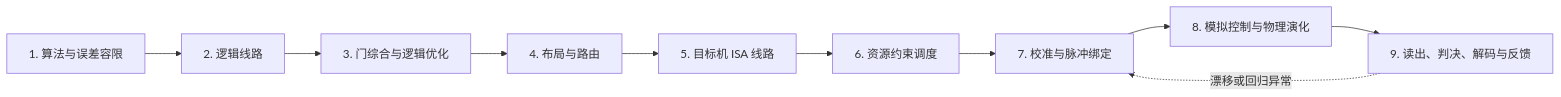
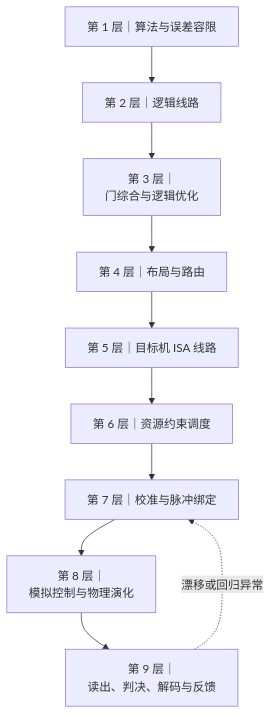
Before and after one commit to nanless/quantum-computing-handbook: the first of 2 diagrams in handbook/14-compilation-control.md, drawn with Mermaid. The commit also changed other lines of this file and 871 other files, not shown here.

````diff
--- a/handbook/14-compilation-control.md
+++ b/handbook/14-compilation-control.md
@@ -15,12 +18,13 @@
 ```mermaid
-flowchart LR
-  A["1. 算法与误差容限"] --> B["2. 逻辑线路"]
-  B --> C["3. 门综合与逻辑优化"]
-  C --> D["4. 布局与路由"]
-  D --> E["5. 目标机 ISA 线路"]
-  E --> F["6. 资源约束调度"]
-  F --> G["7. 校准与脉冲绑定"]
-  G --> H["8. 模拟控制与物理演化"]
-  H --> I["9. 读出、判决、解码与反馈"]
+%% title: 算法线路到物理执行的九层表示与编译控制流程
+flowchart TB
+  A["第 1 层｜算法与误差容限"] --> B["第 2 层｜逻辑线路"]
+  B --> C["第 3 层｜<br/>门综合与逻辑优化"]
+  C --> D["第 4 层｜布局与路由"]
+  D --> E["第 5 层｜目标机 ISA 线路"]
+  E --> F["第 6 层｜资源约束调度"]
+  F --> G["第 7 层｜校准与脉冲绑定"]
+  G --> H["第 8 层｜<br/>模拟控制与物理演化"]
+  H --> I["第 9 层｜<br/>读出、判决、解码与反馈"]
   I -. "漂移或回归异常" .-> G
 ```
````
